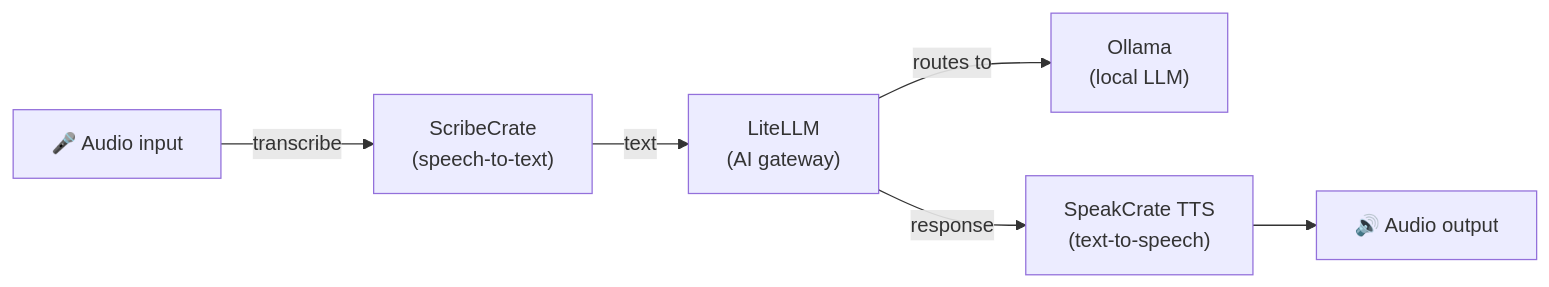
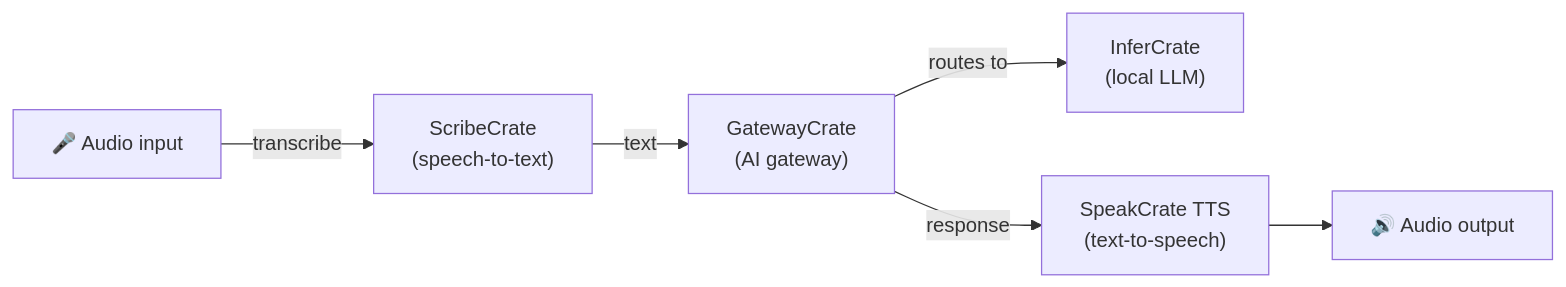
The diagram in stacks/voice-pipeline/README.md (hwdsl2/self-hosted-ai-stack), drawn with Mermaid before and after one commit. The commit also changed other lines of this file and 47 other files, not shown here.

````diff
--- a/stacks/voice-pipeline/README.md
+++ b/stacks/voice-pipeline/README.md
@@ -17,8 +17,8 @@
 ```mermaid
 graph LR
     A["🎤 Audio input"] -->|transcribe| W["ScribeCrate<br/>(speech-to-text)"]
-    W -->|text| L["LiteLLM<br/>(AI gateway)"]
-    L -->|routes to| O["Ollama<br/>(local LLM)"]
+    W -->|text| L["GatewayCrate<br/>(AI gateway)"]
+    L -->|routes to| O["InferCrate<br/>(local LLM)"]
     L -->|response| T["SpeakCrate TTS<br/>(text-to-speech)"]
     T --> B["🔊 Audio output"]
 ```
````
